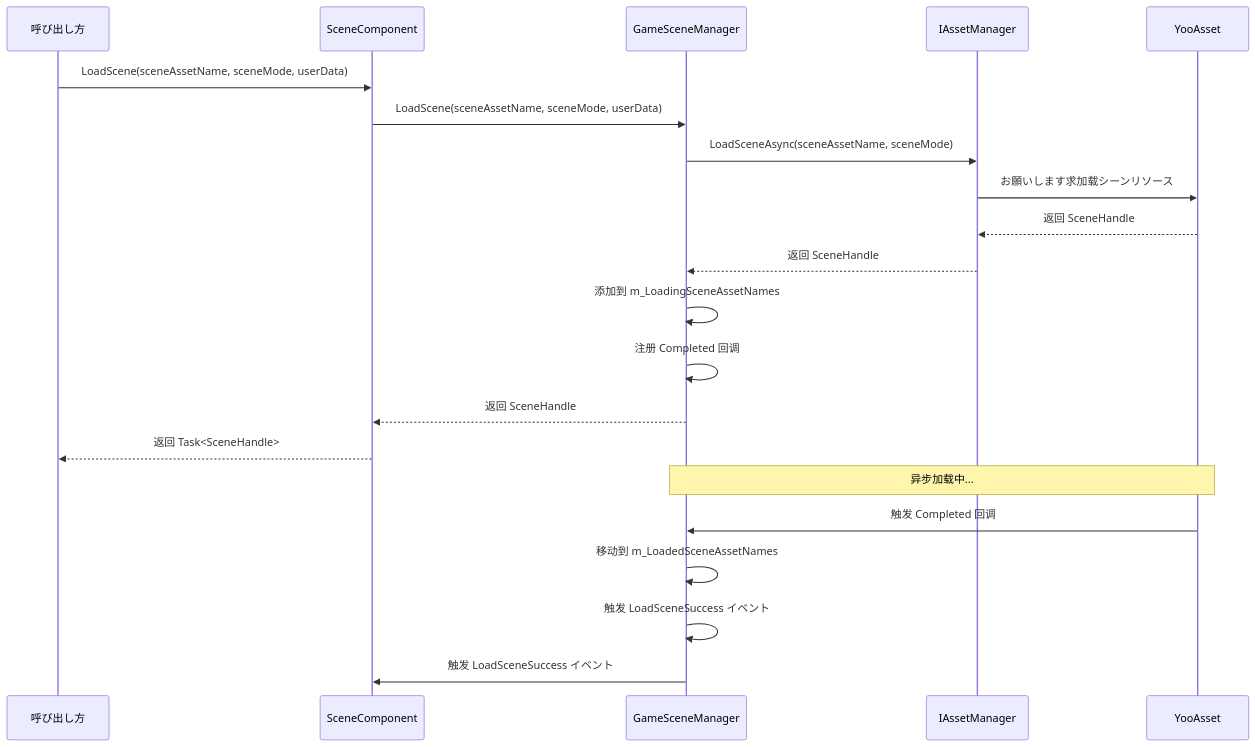
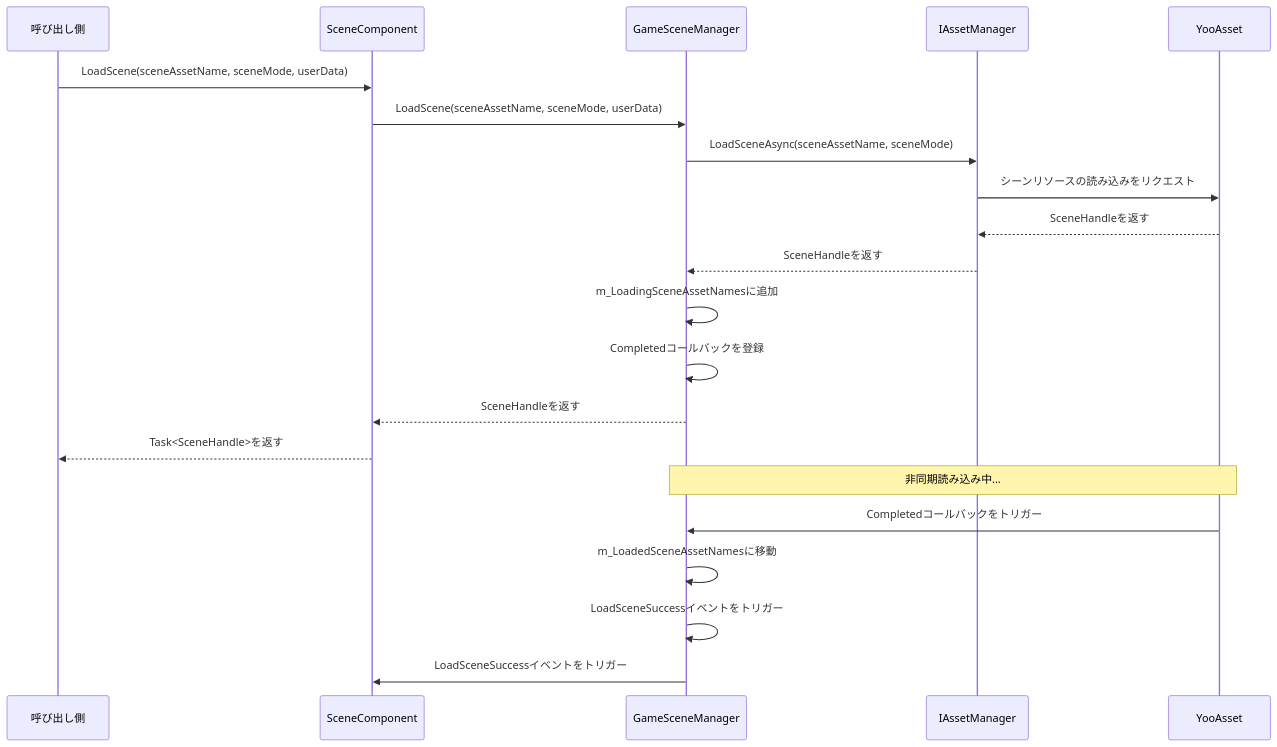
One commit to AlianBlank/GameFrameX.Docs changed the third of 5 diagrams in docs/ja/client/unity/component/scene/04.features.md. Above: the diagram before and after it, drawn with Mermaid. The commit also changed other lines of this file and 320 other files, not shown here.

````diff
--- a/docs/ja/client/unity/component/scene/04.features.md
+++ b/docs/ja/client/unity/component/scene/04.features.md
@@ -95,26 +95,26 @@
 ```mermaid
 sequenceDiagram
-    participant Client as 呼び出し方
+    participant Client as 呼び出し側
     participant SC as SceneComponent
     participant GM as GameSceneManager
     participant AM as IAssetManager
     participant YA as YooAsset
 
     Client->>SC: LoadScene(sceneAssetName, sceneMode, userData)
     SC->>GM: LoadScene(sceneAssetName, sceneMode, userData)
     GM->>AM: LoadSceneAsync(sceneAssetName, sceneMode)
-    AM->>YA: お願いします求加载シーンリソース
-    YA-->>AM: 返回 SceneHandle
-    AM-->>GM: 返回 SceneHandle
-    GM->>GM: 添加到 m_LoadingSceneAssetNames
-    GM->>GM: 注册 Completed 回调
-    GM-->>SC: 返回 SceneHandle
-    SC-->>Client: 返回 Task<SceneHandle>
+    AM->>YA: シーンリソースの読み込みをリクエスト
+    YA-->>AM: SceneHandleを返す
+    AM-->>GM: SceneHandleを返す
+    GM->>GM: m_LoadingSceneAssetNamesに追加
+    GM->>GM: Completedコールバックを登録
+    GM-->>SC: SceneHandleを返す
+    SC-->>Client: Task<SceneHandle>を返す
 
-    Note over YA,GM: 异步加载中...
+    Note over YA,GM: 非同期読み込み中...
     
-    YA->>GM: 触发 Completed 回调
-    GM->>GM: 移动到 m_LoadedSceneAssetNames
-    GM->>GM: 触发 LoadSceneSuccess イベント
-    GM->>SC: 触发 LoadSceneSuccess イベント
+    YA->>GM: Completedコールバックをトリガー
+    GM->>GM: m_LoadedSceneAssetNamesに移動
+    GM->>GM: LoadSceneSuccessイベントをトリガー
+    GM->>SC: LoadSceneSuccessイベントをトリガー
 ```
````
